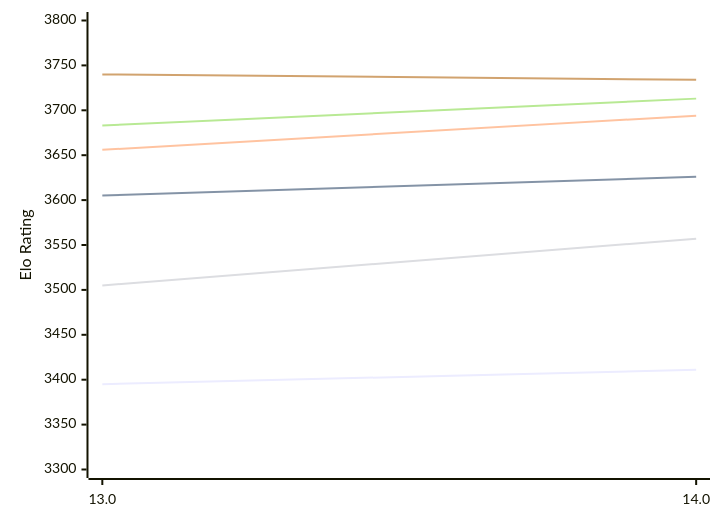
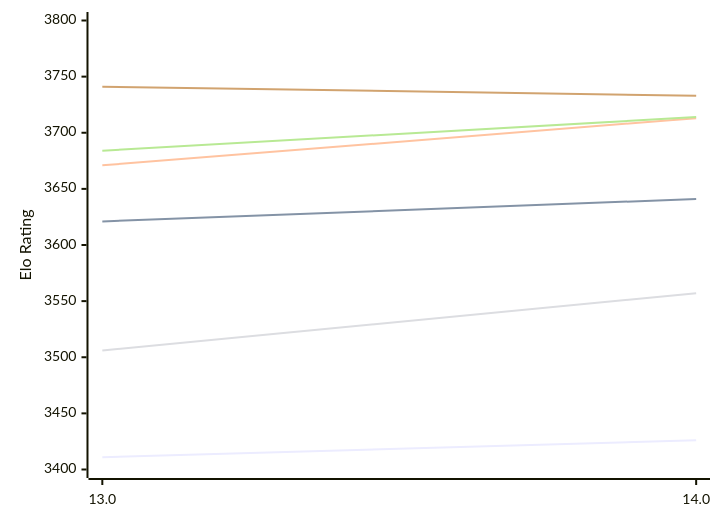
Before and after one commit to computer-chess-index/cci: the first of 2 diagrams in engines/Tcheran.md, drawn with Mermaid. The commit also changed other lines of this file, not shown here.

Commit message:
Update CCI Ratings (ELO VLTC) - 2026-11-11

````diff
--- a/engines/Tcheran.md
+++ b/engines/Tcheran.md
@@ -55,12 +55,12 @@
 ```mermaid
 %%{init: {"theme":"base","themeVariables":{"seriesColors:['#a3a3a3','#222221','#faa371']}}}%%
 xychart-beta
   x-axis ["13.0", "14.0"]
-  y-axis "Elo Rating" 3300 --> 3800
-  line "E1: STC (8.0+0.08s)" [3395, 3411]
-  line "E1: LTC (60.0+0.60s)" [3605, 3626]
-  line "E1: VLTC (2m24s+1.12s)" [3656, 3694]
-  line "P1: STC (8.0+0.08s)" [3505, 3557]
-  line "P1: LTC (60.0+0.60s)" [3683, 3713]
-  line "P1: VLTC (2m24s+1.12s)" [3740, 3734]
+  y-axis "Elo Rating" 3400 --> 3800
+  line "E1: STC (8.0+0.08s)" [3411, 3426]
+  line "E1: LTC (60.0+0.60s)" [3621, 3641]
+  line "E1: VLTC (2m24s+1.12s)" [3671, 3713]
+  line "P1: STC (8.0+0.08s)" [3506, 3557]
+  line "P1: LTC (60.0+0.60s)" [3684, 3714]
+  line "P1: VLTC (2m24s+1.12s)" [3741, 3733]
 ```
````
